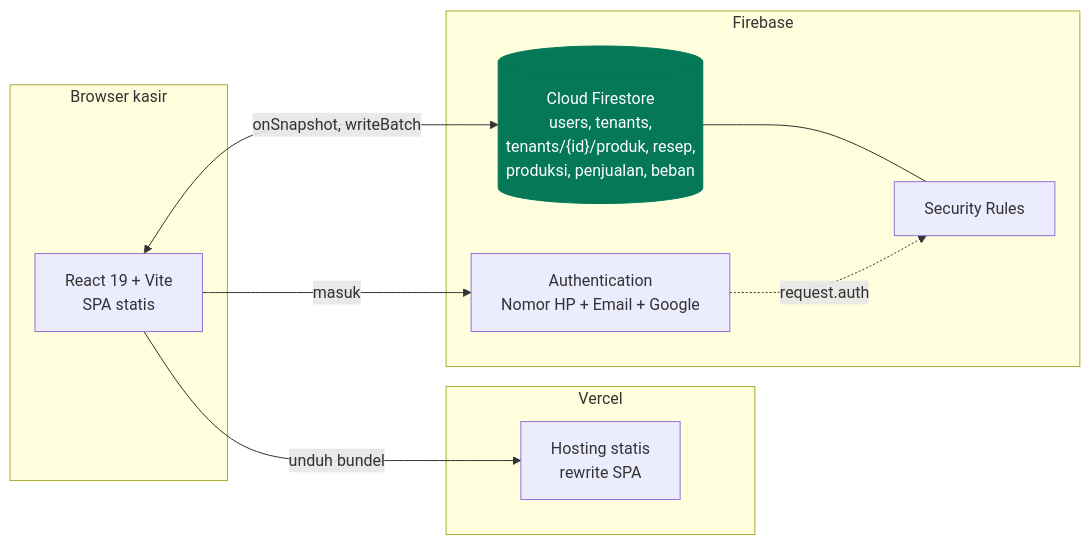
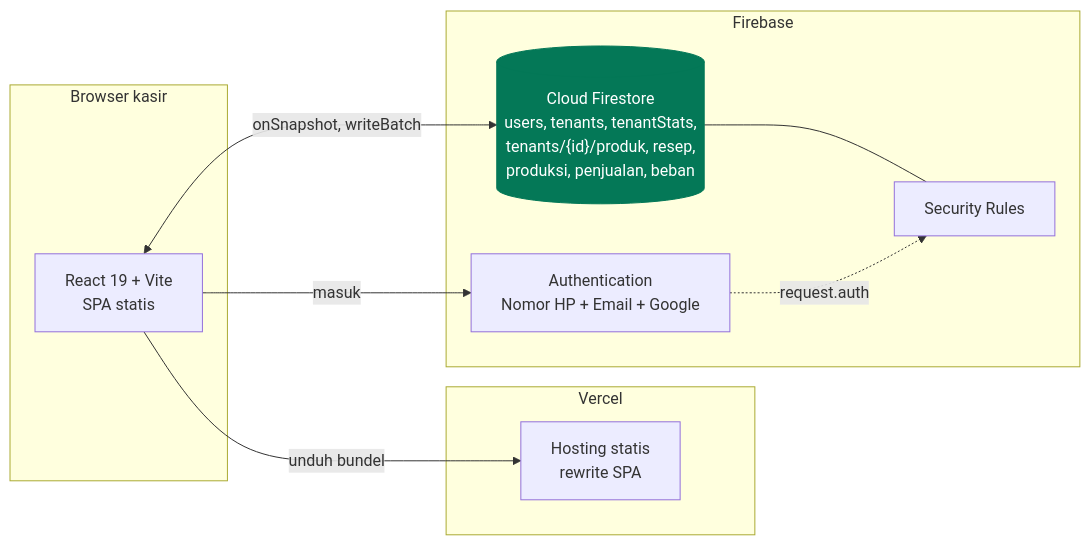
Before and after one commit to nadhimc/simple-pos-kkn-agung: the diagram in docs/README.md, drawn with Mermaid. The commit also changed other lines of this file and 6 other files, not shown here.

````diff
--- a/docs/README.md
+++ b/docs/README.md
@@ -30,25 +30,25 @@
 ```mermaid
 flowchart LR
   subgraph browser["Browser kasir"]
     UI["React 19 + Vite<br/>SPA statis"]
   end
 
   subgraph vercel["Vercel"]
     CDN["Hosting statis<br/>rewrite SPA"]
   end
 
   subgraph firebase["Firebase"]
     AUTH["Authentication<br/>Nomor HP + Email + Google"]
-    FS[("Cloud Firestore<br/>users, tenants,<br/>tenants/{id}/produk, resep,<br/>produksi, penjualan, beban")]
+    FS[("Cloud Firestore<br/>users, tenants, tenantStats,<br/>tenants/{id}/produk, resep,<br/>produksi, penjualan, beban")]
     RULES["Security Rules"]
   end
 
   UI -->|"unduh bundel"| CDN
   UI -->|"masuk"| AUTH
   UI <-->|"onSnapshot, writeBatch"| FS
   FS --- RULES
   AUTH -.->|"request.auth"| RULES
 
   classDef store fill:#047857,stroke:#047857,color:#ffffff
   class FS store
 ```
````
